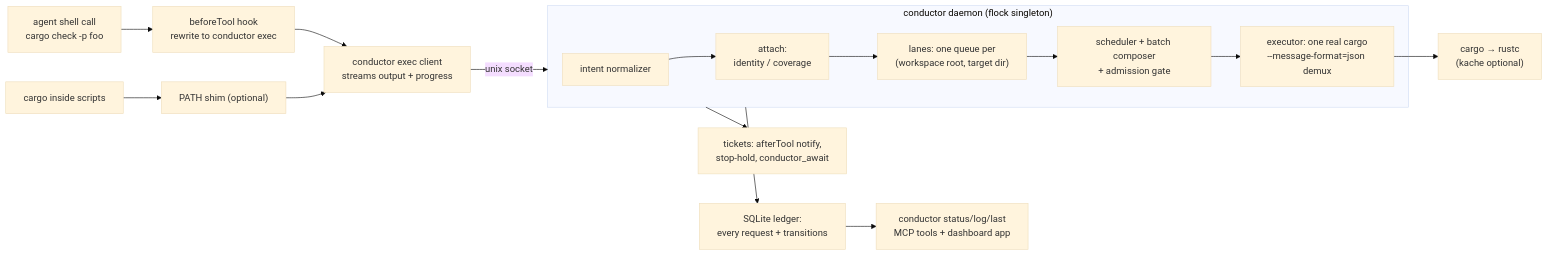
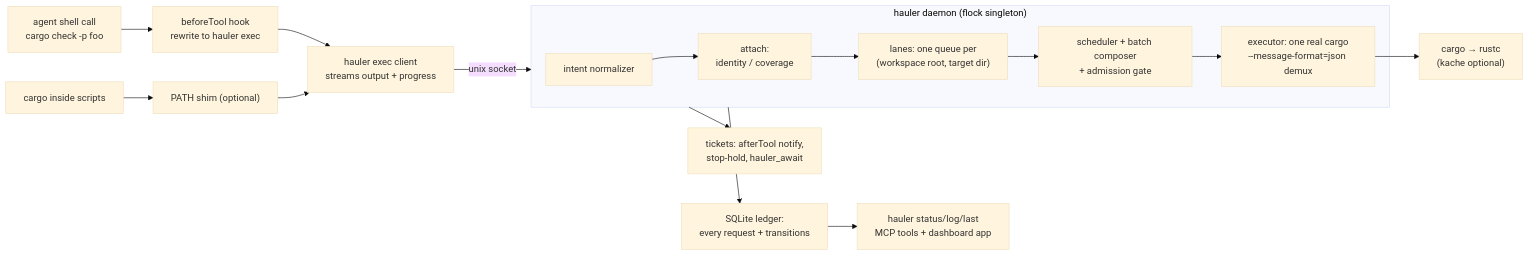
The diagram in README.md (ScriptedAlchemy/cargo-conductor), drawn with Mermaid (base theme) before and after one commit. The commit also changed other lines of this file and 87 other files, not shown here.

First line of the commit message:
Rebrand cargo-conductor to cargo-hauler

````diff
--- a/README.md
+++ b/README.md
@@ -34,18 +34,18 @@
 ```mermaid
 flowchart LR
-  agent["agent shell call<br/>cargo check -p foo"] --> hook["beforeTool hook<br/>rewrite to conductor exec"]
+  agent["agent shell call<br/>cargo check -p foo"] --> hook["beforeTool hook<br/>rewrite to hauler exec"]
   scripts["cargo inside scripts"] --> shim["PATH shim (optional)"]
-  hook --> client["conductor exec client<br/>streams output + progress"]
+  hook --> client["hauler exec client<br/>streams output + progress"]
   shim --> client
   client -->|unix socket| daemon
-  subgraph daemon["conductor daemon (flock singleton)"]
+  subgraph daemon["hauler daemon (flock singleton)"]
     normalizer["intent normalizer"] --> matcher["attach:<br/>identity / coverage"]
     matcher --> lanes["lanes: one queue per<br/>(workspace root, target dir)"]
     lanes --> scheduler["scheduler + batch composer<br/>+ admission gate"]
     scheduler --> executor["executor: one real cargo<br/>--message-format=json demux"]
   end
   executor --> cargo["cargo → rustc<br/>(kache optional)"]
   daemon --> ledgerDb["SQLite ledger:<br/>every request + transitions"]
-  ledgerDb --> surfaces["conductor status/log/last<br/>MCP tools + dashboard app"]
-  daemon --> notify["tickets: afterTool notify,<br/>stop-hold, conductor_await"]
+  ledgerDb --> surfaces["hauler status/log/last<br/>MCP tools + dashboard app"]
+  daemon --> notify["tickets: afterTool notify,<br/>stop-hold, hauler_await"]
 ```
````
